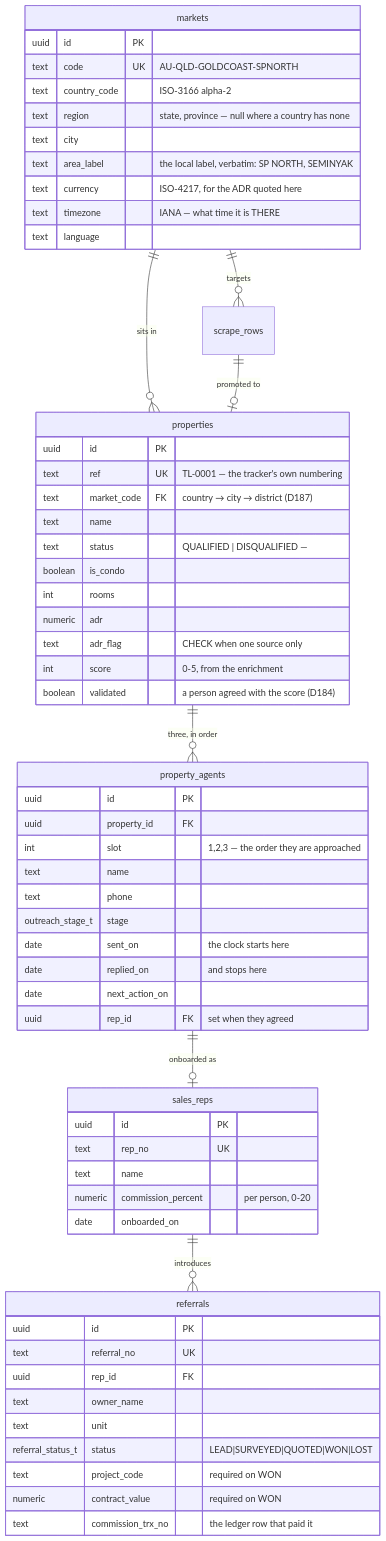
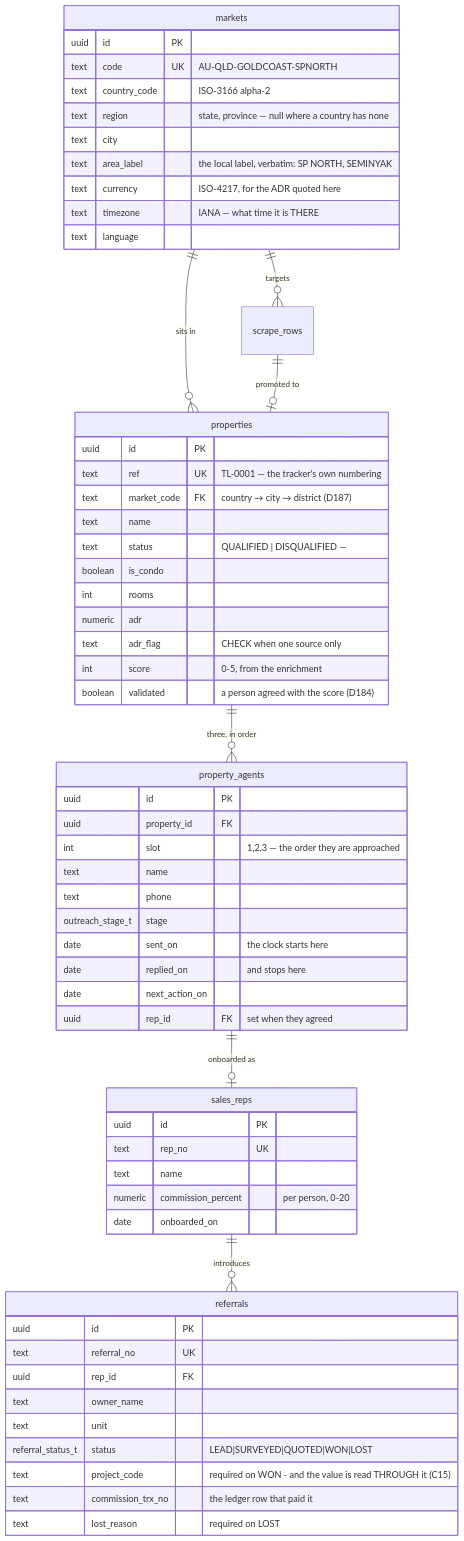
Before and after one commit to it-tala/ops-talaliving: the tenth of 14 diagrams in docs/plan/02-database.md, drawn with Mermaid. The commit also changed other lines of this file and 7 other files, not shown here.

````diff
--- a/docs/plan/02-database.md
+++ b/docs/plan/02-database.md
@@ -1714,63 +1714,63 @@
 ```mermaid
 erDiagram
     markets ||--o{ properties : "sits in"
     markets ||--o{ scrape_rows : "targets"
     scrape_rows ||--o| properties : "promoted to"
     properties ||--o{ property_agents : "three, in order"
     property_agents ||--o| sales_reps : "onboarded as"
     sales_reps ||--o{ referrals : "introduces"
     markets {
         uuid id PK
         text code UK "AU-QLD-GOLDCOAST-SPNORTH"
         text country_code "ISO-3166 alpha-2"
         text region "state, province — null where a country has none"
         text city
         text area_label "the local label, verbatim: SP NORTH, SEMINYAK"
         text currency "ISO-4217, for the ADR quoted here"
         text timezone "IANA — what time it is THERE"
         text language
     }
     properties {
         uuid id PK
         text ref UK "TL-0001 — the tracker's own numbering"
         text market_code FK "country → city → district (D187)"
         text name
         text status "QUALIFIED | DISQUALIFIED — <reason>"
         boolean is_condo
         int rooms
         numeric adr
         text adr_flag "CHECK when one source only"
         int score "0-5, from the enrichment"
         boolean validated "a person agreed with the score (D184)"
     }
     property_agents {
         uuid id PK
         uuid property_id FK
         int slot "1,2,3 — the order they are approached"
         text name
         text phone
         outreach_stage_t stage
         date sent_on "the clock starts here"
         date replied_on "and stops here"
         date next_action_on
         uuid rep_id FK "set when they agreed"
     }
     sales_reps {
         uuid id PK
         text rep_no UK
         text name
         numeric commission_percent "per person, 0-20"
         date onboarded_on
     }
     referrals {
         uuid id PK
         text referral_no UK
         uuid rep_id FK
         text owner_name
         text unit
         referral_status_t status "LEAD|SURVEYED|QUOTED|WON|LOST"
-        text project_code "required on WON"
-        numeric contract_value "required on WON"
+        text project_code "required on WON - and the value is read THROUGH it (C15)"
         text commission_trx_no "the ledger row that paid it"
+        text lost_reason "required on LOST"
     }
 ```
````
